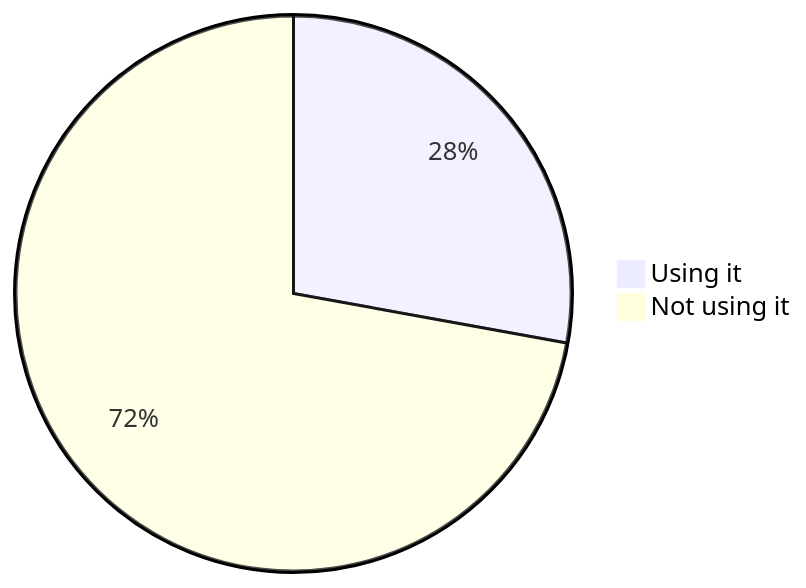
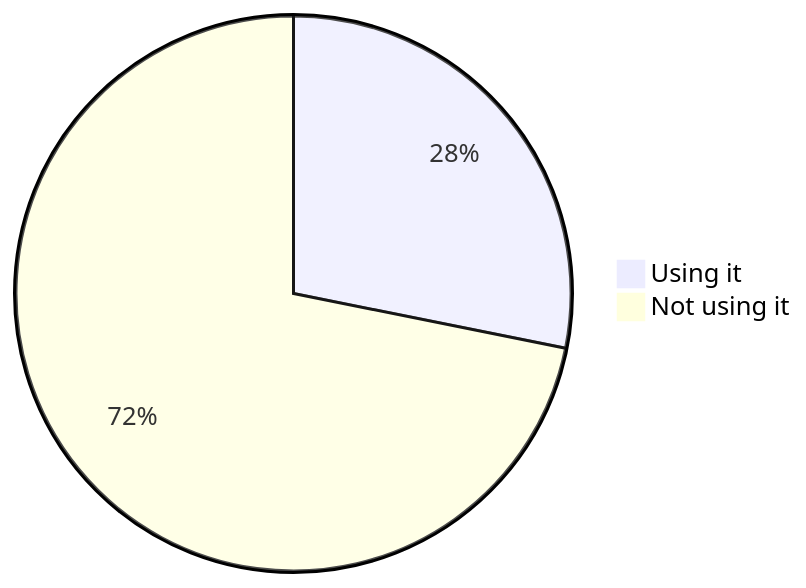
One commit to oshp/oshp-stats changed diagram 16 of 22 in stats.md. Above: the diagram before and after it, drawn with Mermaid. The commit also changed other lines of this file, not shown here.

````diff
--- a/stats.md
+++ b/stats.md
@@ -190,6 +190,6 @@
 ```mermaid
 pie
-	"Using it" : 27.85
-	"Not using it" : 72.15
+	"Using it" : 28.16
+	"Not using it" : 71.84
 
 ```
````
